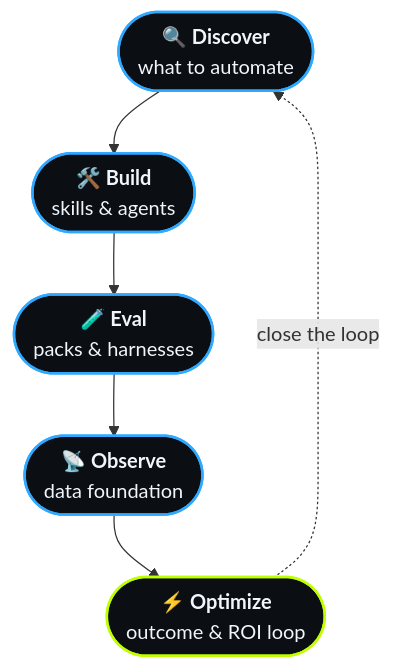
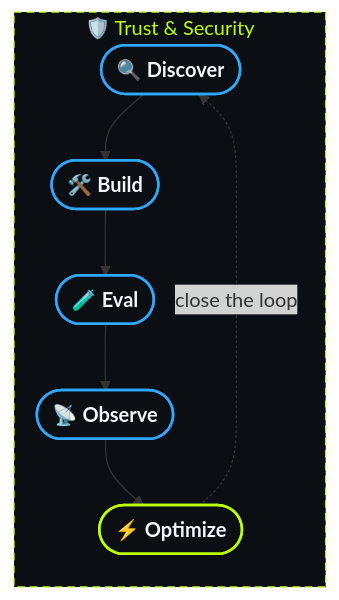
One commit to coachmanjeet/coachmanjeet changed the diagram in README.md. Above: the diagram before and after it, drawn with Mermaid.

Commit message:
Flywheel: horizontal inside Trust & Security envelope, compact nodes

````diff
--- a/README.md
+++ b/README.md
@@ -18,13 +18,18 @@
 ```mermaid
-flowchart TD
-    discover(["🔍 <b>Discover</b><br/>what to automate"]) --> build(["🛠️ <b>Build</b><br/>skills & agents"])
-    build --> eval(["🧪 <b>Eval</b><br/>packs & harnesses"])
-    eval --> observe(["📡 <b>Observe</b><br/>data foundation"])
-    observe --> optimize(["⚡ <b>Optimize</b><br/>outcome & ROI loop"])
-    optimize -.->|"close the loop"| discover
+%%{init: {'flowchart': {'nodeSpacing': 14, 'rankSpacing': 28}}}%%
+flowchart LR
+    subgraph trust["🛡️ Trust & Security"]
+        discover(["🔍 <b>Discover</b>"]) --> build(["🛠️ <b>Build</b>"])
+        build --> eval(["🧪 <b>Eval</b>"])
+        eval --> observe(["📡 <b>Observe</b>"])
+        observe --> optimize(["⚡ <b>Optimize</b>"])
+        optimize -.->|"close the loop"| discover
+    end
 
     classDef stage fill:#0B0F14,stroke:#2FA8FF,stroke-width:2px,color:#F0F6FC
     classDef accent fill:#0B0F14,stroke:#BFFF00,stroke-width:2px,color:#F0F6FC
+    classDef trustBox fill:#0B0F14,stroke:#BFFF00,stroke-width:1px,stroke-dasharray:6 4,color:#BFFF00
     class discover,build,eval,observe stage
     class optimize accent
+    class trust trustBox
 ```
````
